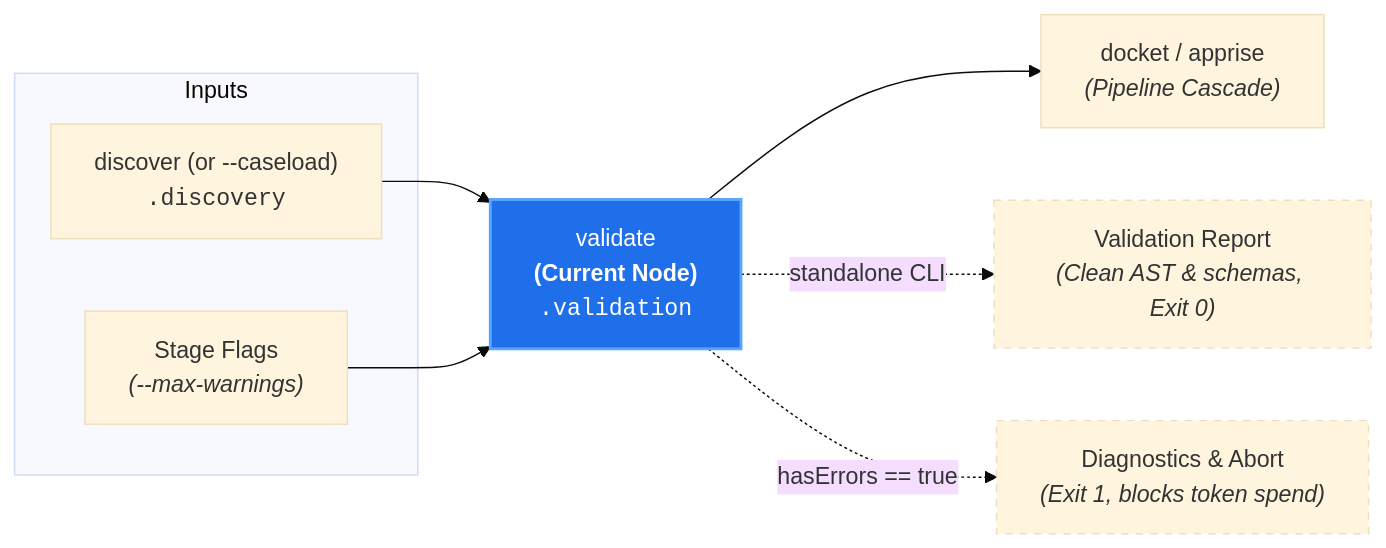
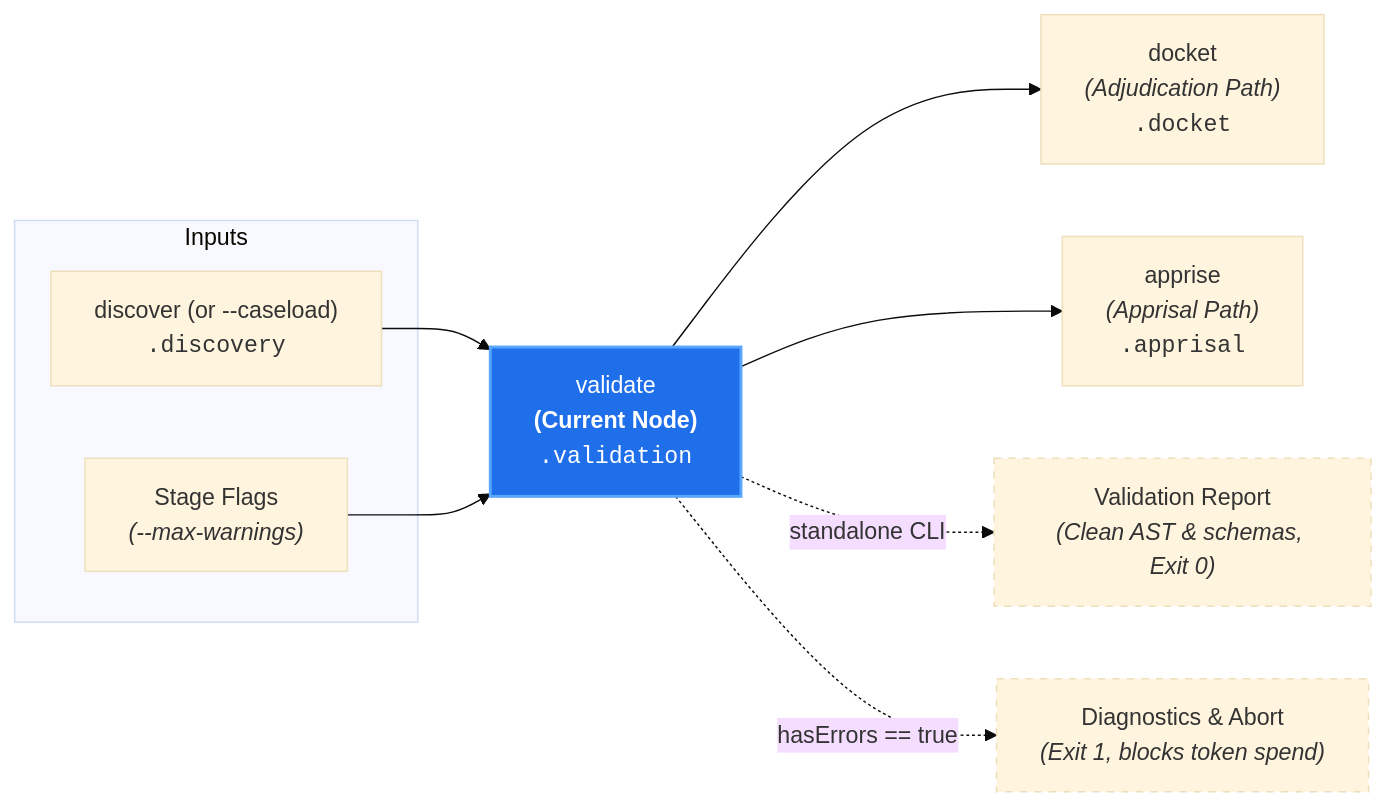
The diagram in docs/architecture/nodes/validate.md (PAIR-code/canon-clerk), drawn with Mermaid (base theme) before and after one commit.

Commit message:
docs(architecture): split docket and apprise paths in validate node diagram

````diff
--- a/docs/architecture/nodes/validate.md
+++ b/docs/architecture/nodes/validate.md
@@ -21,18 +21,19 @@
 ```mermaid
 flowchart LR
     subgraph Inputs["Inputs"]
         Discover["discover (or --caseload)<br/><code>.discovery</code>"]
         Params["Stage Flags<br/><i>(--max-warnings)</i>"]
     end
 
     Discover --> Validate["validate<br/><b>(Current Node)</b><br/><code>.validation</code>"]
     Params --> Validate
 
-    Validate --> Next["docket / apprise<br/><i>(Pipeline Cascade)</i>"]
+    Validate --> Docket["docket<br/><i>(Adjudication Path)</i><br/><code>.docket</code>"]
+    Validate --> Apprise["apprise<br/><i>(Apprisal Path)</i><br/><code>.apprisal</code>"]
     Validate -. "standalone CLI" .-> ValidReport["Validation Report<br/><i>(Clean AST & schemas, Exit 0)</i>"]
     Validate -. "hasErrors == true" .-> Abort["Diagnostics & Abort<br/><i>(Exit 1, blocks token spend)</i>"]
 
     style Validate fill:#1f6feb,stroke:#58a6ff,stroke-width:2px,color:#fff
     style ValidReport stroke-dasharray: 5 5
     style Abort stroke-dasharray: 5 5
 ```
````
